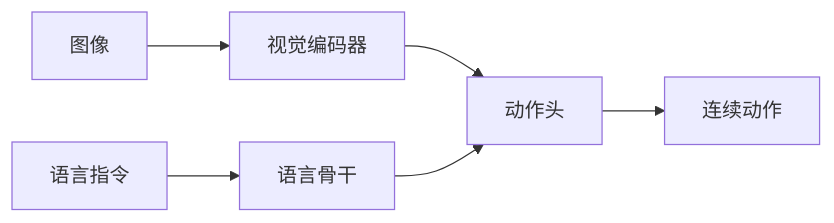
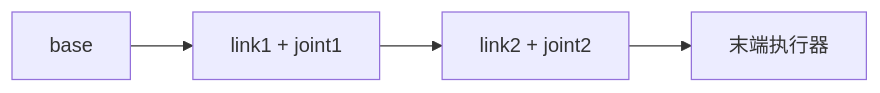
The diagram in study-log/2026-08-25-进阶模仿学习与生成式策略-zh.md (zizhengwang2026/Embodied-Intelligence-Learning), drawn with Mermaid before and after one commit. The commit also changed other lines of this file, not shown here.

Commit message:
Rewrite Day 12 zh per plan: 051-053 forward kinematics (no military, DEA as cross-link)

````diff
--- a/study-log/2026-08-25-进阶模仿学习与生成式策略-zh.md
+++ b/study-log/2026-08-25-进阶模仿学习与生成式策略-zh.md
@@ -110,8 +43,6 @@
 ```mermaid
 flowchart LR
-    IMG[图像] --> VE[视觉编码器]
-    TXT[语言指令] --> LG[语言骨干]
-    VE --> AH[动作头]
-    LG --> AH
-    AH --> ACT[连续动作]
+    BASE[base] --> L1[link1 + joint1]
+    L1 --> L2[link2 + joint2]
+    L2 --> EE[末端执行器]
 ```
````
